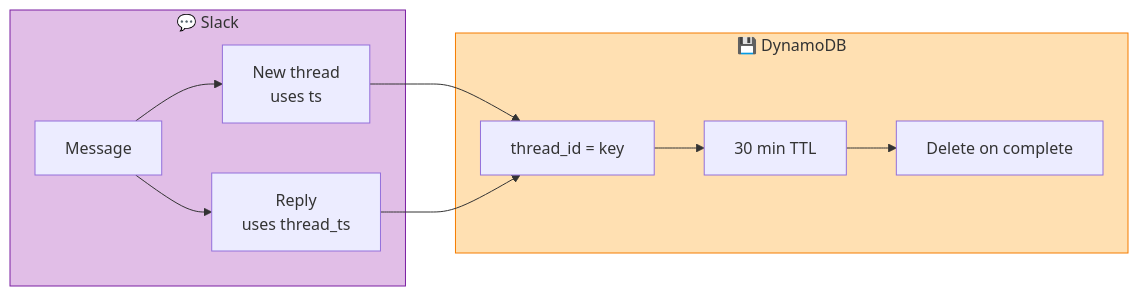
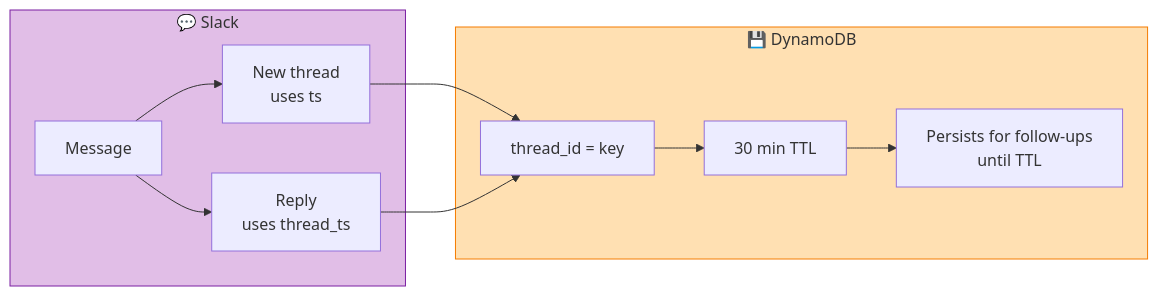
One commit to blueman82/mcp-exec changed the diagram in projects/asksplunk/docs/diagrams/slack-thread-session-mapping.mmd. Above: the diagram before and after it, drawn with Mermaid. The commit also changed 11 other files, not shown here.

```diff
--- a/projects/asksplunk/docs/diagrams/slack-thread-session-mapping.mmd
+++ b/projects/asksplunk/docs/diagrams/slack-thread-session-mapping.mmd
@@ -1,22 +1,22 @@
 flowchart LR
     subgraph Slack["💬 Slack"]
         MSG[Message]
         NEW[New thread<br/>uses ts]
         REPLY[Reply<br/>uses thread_ts]
     end
 
     subgraph Session["💾 DynamoDB"]
         KEY[thread_id = key]
         TTL[30 min TTL]
-        DEL[Delete on complete]
+        DEL[Persists for follow-ups<br/>until TTL]
     end
 
     MSG --> NEW
     MSG --> REPLY
     NEW --> KEY
     REPLY --> KEY
     KEY --> TTL
     TTL --> DEL
 
     style Slack fill:#E1BEE7,stroke:#7B1FA2
     style Session fill:#FFE0B2,stroke:#F57C00
```
